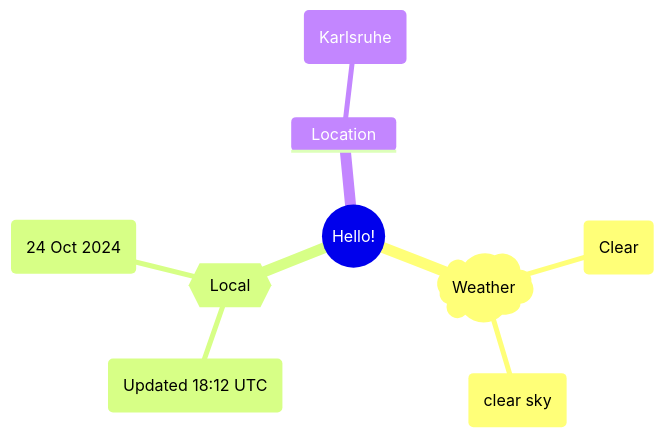
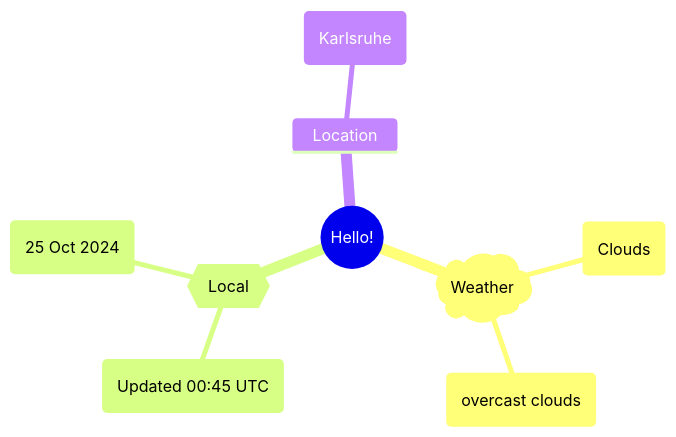
Before and after one commit to Xosrov/Xosrov: the first of 2 diagrams in README.md, drawn with Mermaid.

Commit message:
[bot] updated images

````diff
--- a/README.md
+++ b/README.md
@@ -3,12 +3,12 @@
 ```mermaid
 mindmap
   root((Hello!))
     )Weather(
-        (Clear)
-        (clear sky)
+        (Clouds)
+        (overcast clouds)
     {{Local}}
-        (Updated 18:12 UTC)
-        (24 Oct 2024)
+        (Updated 00:45 UTC)
+        (25 Oct 2024)
     Location
         (Karlsruhe)
 ```
````
